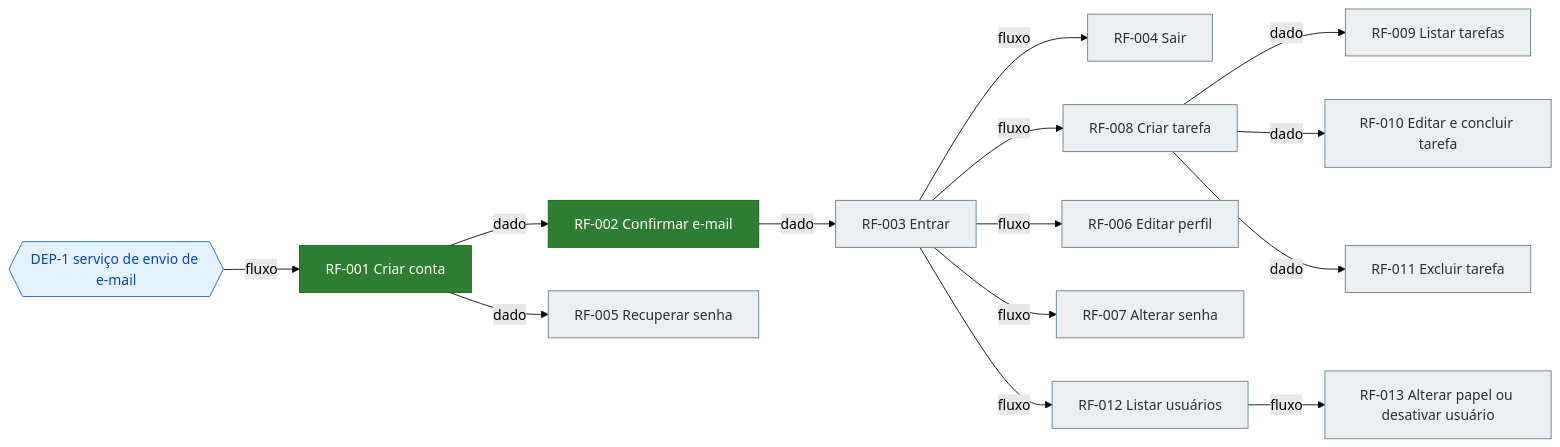
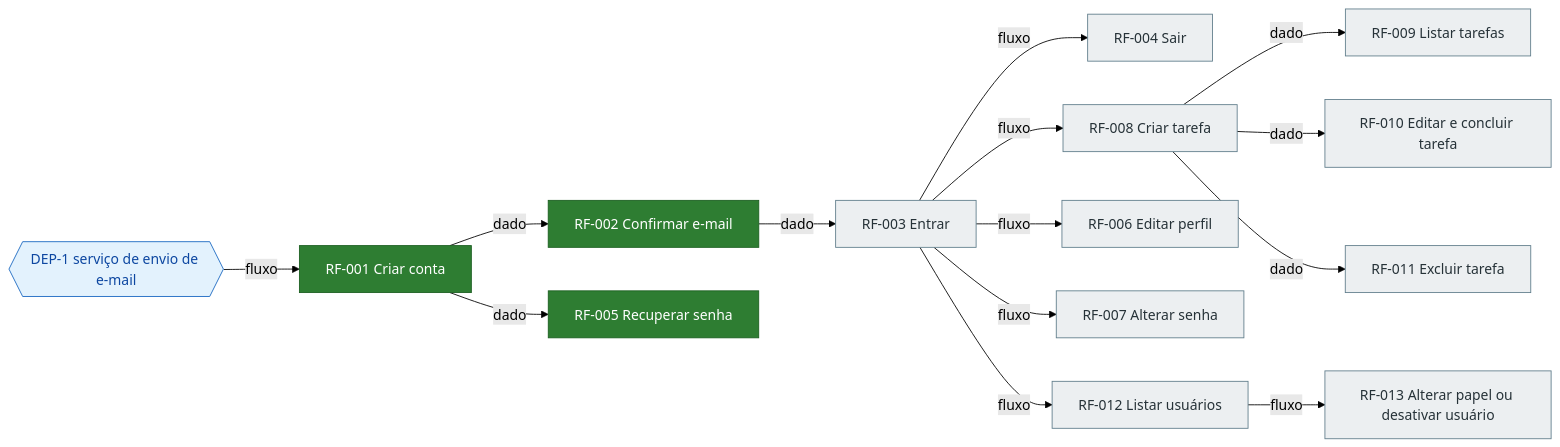
Before and after one commit to maiconsouza89/ai-template-harness-nestj-react-monorepo: the diagram in docs/product/roadmap.md, drawn with Mermaid (forest theme). The commit also changed other lines of this file and 44 other files, not shown here.

First line of the commit message:
feat(accounts): permite recuperar a senha pelo link de uso único (#18)

````diff
--- a/docs/product/roadmap.md
+++ b/docs/product/roadmap.md
@@ -18,35 +18,35 @@
 ```mermaid
 graph LR
   DEP1{{"DEP-1 serviço de envio de e-mail"}}:::externa
   RF001["RF-001 Criar conta"]:::feito
   RF002["RF-002 Confirmar e-mail"]:::feito
-  RF005["RF-005 Recuperar senha"]:::pendente
+  RF005["RF-005 Recuperar senha"]:::feito
   RF003["RF-003 Entrar"]:::pendente
   RF004["RF-004 Sair"]:::pendente
   RF008["RF-008 Criar tarefa"]:::pendente
   RF006["RF-006 Editar perfil"]:::pendente
   RF007["RF-007 Alterar senha"]:::pendente
   RF012["RF-012 Listar usuários"]:::pendente
   RF009["RF-009 Listar tarefas"]:::pendente
   RF010["RF-010 Editar e concluir tarefa"]:::pendente
   RF011["RF-011 Excluir tarefa"]:::pendente
   RF013["RF-013 Alterar papel ou desativar usuário"]:::pendente
   DEP1 -->|fluxo| RF001
   RF001 -->|dado| RF002
   RF002 -->|dado| RF003
   RF003 -->|fluxo| RF004
   RF001 -->|dado| RF005
   RF003 -->|fluxo| RF006
   RF003 -->|fluxo| RF007
   RF003 -->|fluxo| RF008
   RF008 -->|dado| RF009
   RF008 -->|dado| RF010
   RF008 -->|dado| RF011
   RF003 -->|fluxo| RF012
   RF012 -->|fluxo| RF013
   classDef pendente fill:#eceff1,stroke:#607d8b,color:#263238
   classDef andamento fill:#fff3c4,stroke:#f9a825,color:#3e2723
   classDef feito fill:#2e7d32,stroke:#1b5e20,color:#ffffff
   classDef bloqueado fill:#c62828,stroke:#8e0000,color:#ffffff
   classDef externa fill:#e3f2fd,stroke:#1565c0,color:#0d47a1
 ```
````
